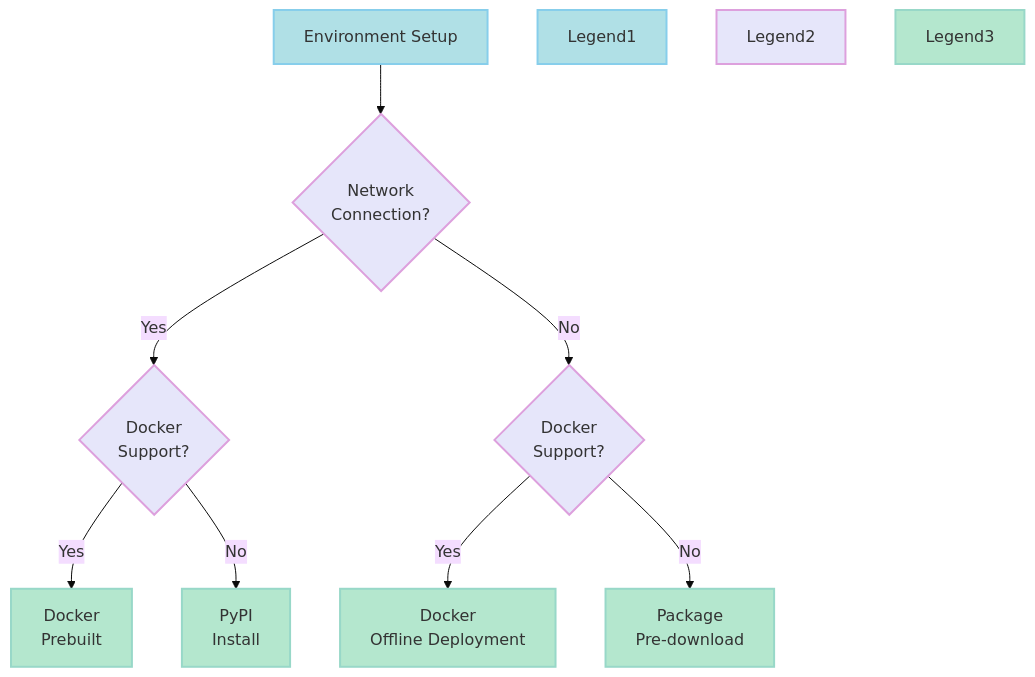
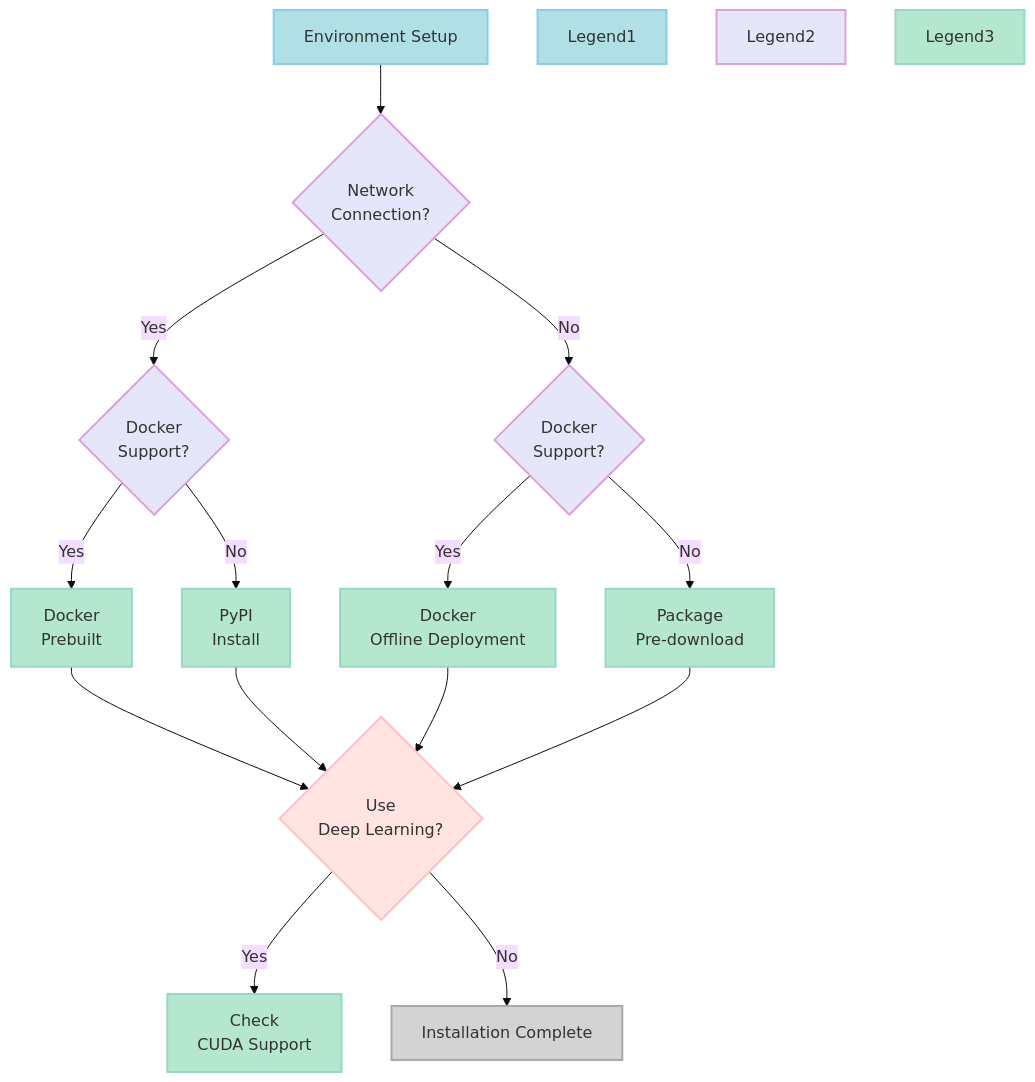
Before and after one commit to nics-dp/petsard: the diagram in doc_site/content/docs/installation/environment-check-flow.mmd, drawn with Mermaid (base theme). The commit also changed 17 other files, not shown here.

Commit message:
docs(installation): add deep learning support check and streamline structure

```diff
--- a/doc_site/content/docs/installation/environment-check-flow.mmd
+++ b/doc_site/content/docs/installation/environment-check-flow.mmd
@@ -1,23 +1,35 @@
 flowchart TD
     Start[Environment Setup] --> NetworkCheck{Network<br/>Connection?}
     NetworkCheck -->|Yes| DockerCheck1{Docker<br/>Support?}
     NetworkCheck -->|No| DockerCheck2{Docker<br/>Support?}
     DockerCheck1 -->|Yes| DockerPrebuilt[Docker<br/>Prebuilt]
     DockerCheck1 -->|No| PyPIInstall[PyPI<br/>Install]
     DockerCheck2 -->|Yes| DockerOffline[Docker<br/>Offline Deployment]
     DockerCheck2 -->|No| PackageDownload[Package<br/>Pre-download]
+    
+    %% Deep Learning Support Check
+    DockerPrebuilt --> DLCheck{Use<br/>Deep Learning?}
+    PyPIInstall --> DLCheck
+    DockerOffline --> DLCheck
+    PackageDownload --> DLCheck
+    
+    DLCheck -->|Yes| CUDACheck[Check<br/>CUDA Support]
+    DLCheck -->|No| Complete[Installation Complete]
 
     %% Macaron color scheme
     style Start fill:#B0E0E6,stroke:#87CEEB,stroke-width:2px,color:#333
     style NetworkCheck fill:#E6E6FA,stroke:#DDA0DD,stroke-width:2px,color:#333
     style DockerCheck1 fill:#E6E6FA,stroke:#DDA0DD,stroke-width:2px,color:#333
     style DockerCheck2 fill:#E6E6FA,stroke:#DDA0DD,stroke-width:2px,color:#333
     style DockerPrebuilt fill:#B4E7CE,stroke:#98D8C8,stroke-width:2px,color:#333
     style PyPIInstall fill:#B4E7CE,stroke:#98D8C8,stroke-width:2px,color:#333
     style DockerOffline fill:#B4E7CE,stroke:#98D8C8,stroke-width:2px,color:#333
     style PackageDownload fill:#B4E7CE,stroke:#98D8C8,stroke-width:2px,color:#333
+    style DLCheck fill:#FFE4E1,stroke:#FFC0CB,stroke-width:2px,color:#333
+    style CUDACheck fill:#B4E7CE,stroke:#98D8C8,stroke-width:2px,color:#333
+    style Complete fill:#D3D3D3,stroke:#A9A9A9,stroke-width:2px,color:#333
 
     %% Legend styles
     style Legend1 fill:#B0E0E6,stroke:#87CEEB,stroke-width:2px,color:#333
     style Legend2 fill:#E6E6FA,stroke:#DDA0DD,stroke-width:2px,color:#333
     style Legend3 fill:#B4E7CE,stroke:#98D8C8,stroke-width:2px,color:#333
```
